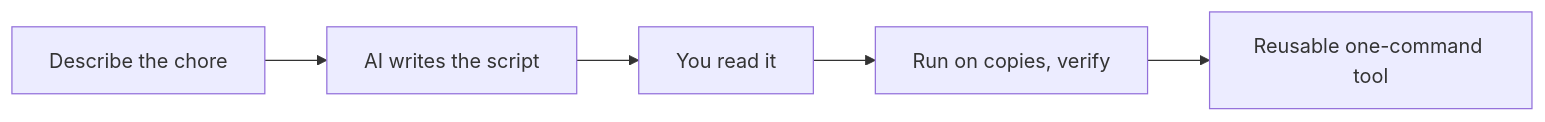
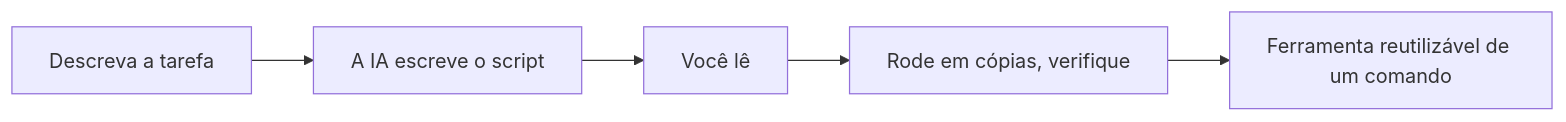
Before and after one commit to KakkoiDev/izumo-io: the diagram in content/ai/a07.pt.md, drawn with Mermaid. The commit also changed 47 other files, not shown here.

First line of the commit message:
Translate mermaid diagram labels to JA + PT in AI lessons

````diff
--- a/content/ai/a07.pt.md
+++ b/content/ai/a07.pt.md
@@ -32,7 +32,7 @@
 ```mermaid
 flowchart LR
-    A[Describe the chore] --> B[AI writes the script]
-    B --> C[You read it]
-    C --> D[Run on copies, verify]
-    D --> E[Reusable one-command tool]
+    A[Descreva a tarefa] --> B[A IA escreve o script]
+    B --> C[Você lê]
+    C --> D[Rode em cópias, verifique]
+    D --> E[Ferramenta reutilizável de um comando]
 ```
````
